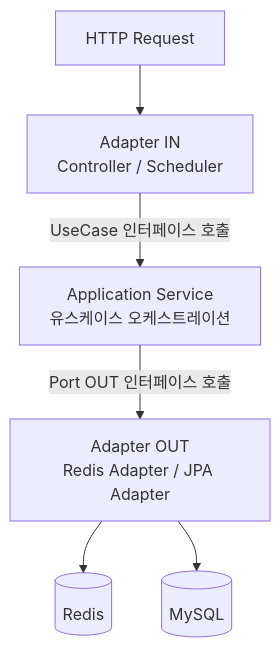
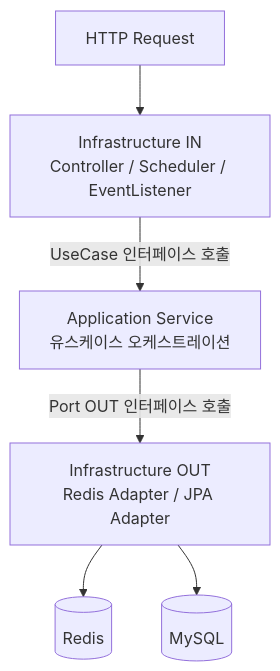
The first of 6 diagrams in README.md (irnd04/zticket), drawn with Mermaid before and after one commit. The commit also changed other lines of this file and 95 other files, not shown here.

````diff
--- a/README.md
+++ b/README.md
@@ -57,8 +59,8 @@
 ```mermaid
 flowchart TD
-    HTTP[HTTP Request] --> IN[Adapter IN<br/>Controller / Scheduler]
+    HTTP[HTTP Request] --> IN[Infrastructure IN<br/>Controller / Scheduler / EventListener]
     IN -- UseCase 인터페이스 호출 --> APP[Application Service<br/>유스케이스 오케스트레이션]
-    APP -- Port OUT 인터페이스 호출 --> OUT[Adapter OUT<br/>Redis Adapter / JPA Adapter]
+    APP -- Port OUT 인터페이스 호출 --> OUT[Infrastructure OUT<br/>Redis Adapter / JPA Adapter]
     OUT --> Redis[(Redis)]
     OUT --> MySQL[(MySQL)]
 ```
````
